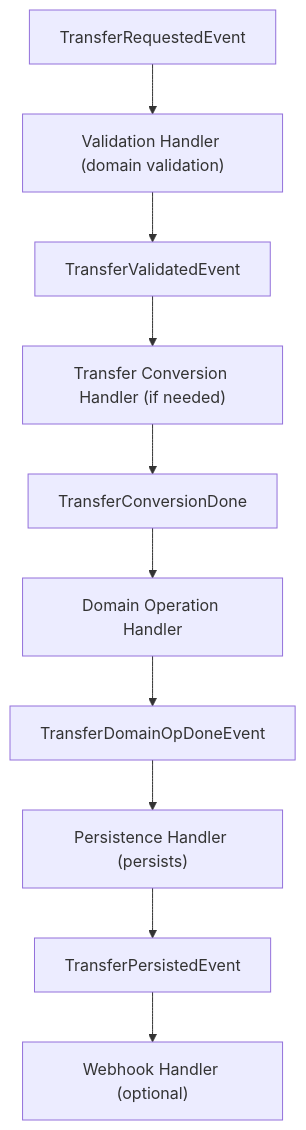
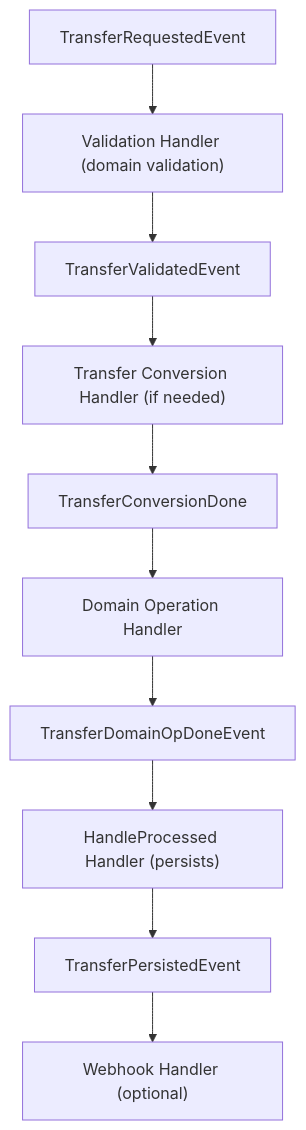
The second of 2 diagrams in docs/refactoring/event-driven-transfer-flow.md (amirasaad/fintech), drawn with Mermaid before and after one commit. The commit also changed other lines of this file and 161 other files, not shown here.

````diff
--- a/docs/refactoring/event-driven-transfer-flow.md
+++ b/docs/refactoring/event-driven-transfer-flow.md
@@ -76,12 +76,12 @@
 ```mermaid
 flowchart TD
     A["TransferRequestedEvent"] --> B["Validation Handler (domain validation)"]
     B --> C["TransferValidatedEvent"]
     C --> D["Transfer Conversion Handler (if needed)"]
     D --> E["TransferConversionDone"]
     E --> F["Domain Operation Handler"]
     F --> G["TransferDomainOpDoneEvent"]
-    G --> H["Persistence Handler (persists)"]
+    G --> H["HandleProcessed Handler (persists)"]
     H --> I["TransferPersistedEvent"]
     I --> J["Webhook Handler (optional)"]
 ```
````
